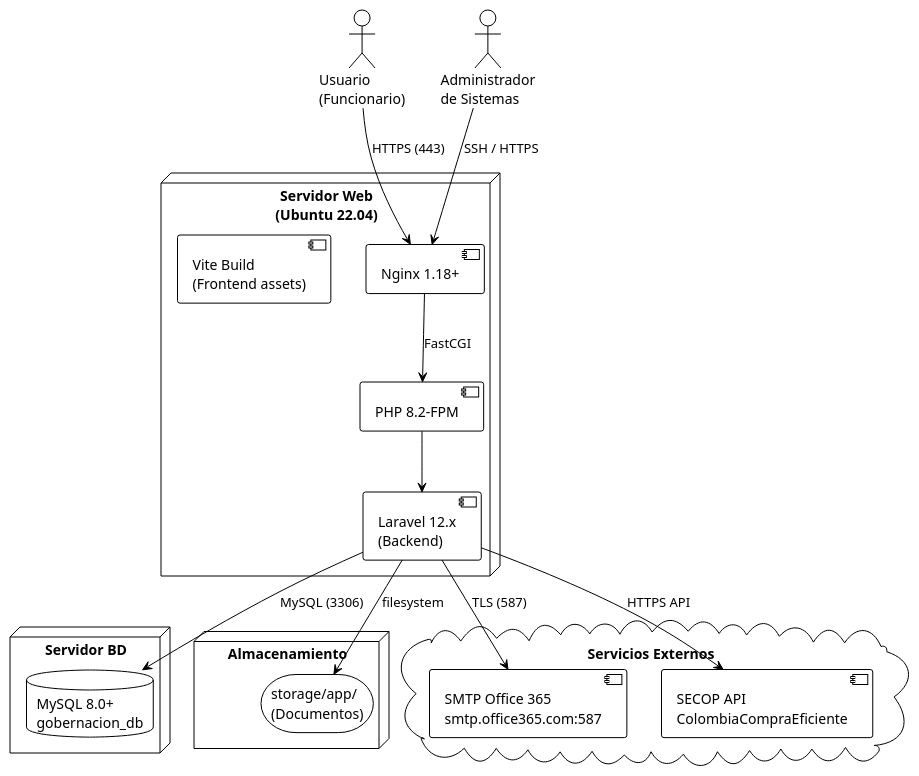
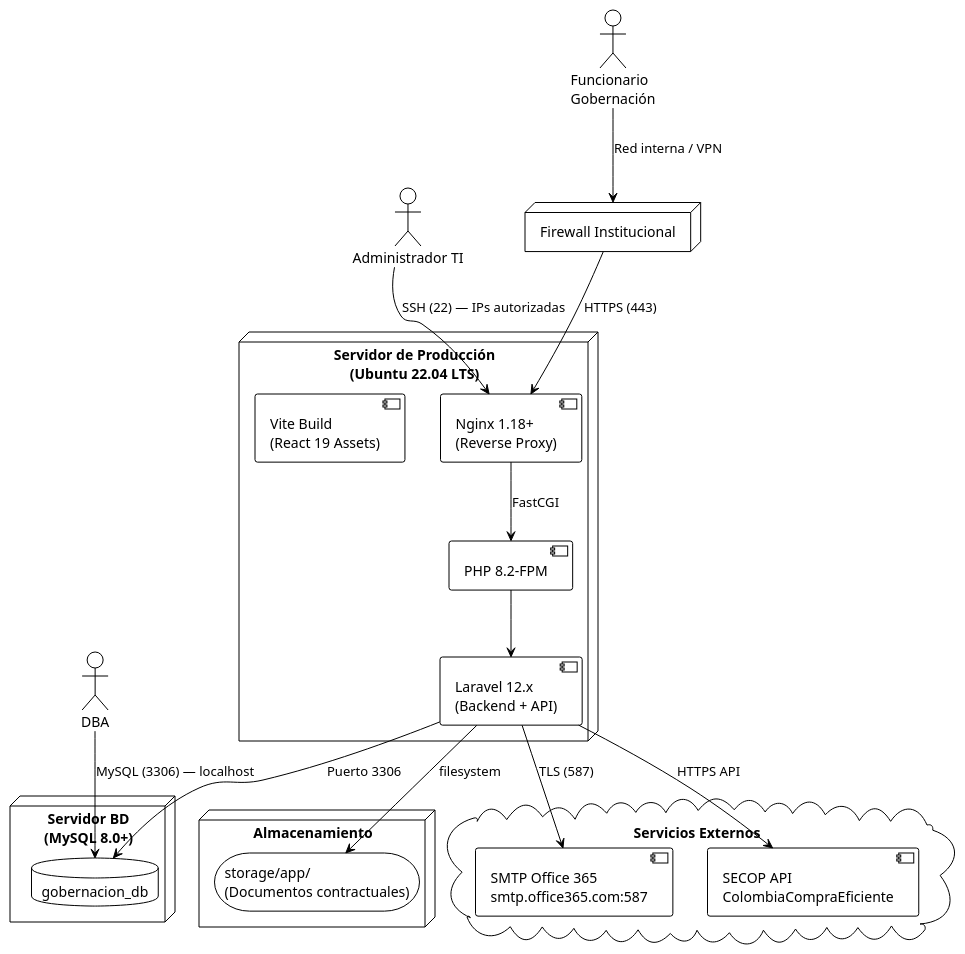
One commit to JuanNieto001/SeguimientoDocumentosGobernacion changed the first of 2 diagrams in DOCUMENTO_DESPLIEGUE_SISTEMA.md. Above: the diagram before and after it, drawn with PlantUML. The commit also changed other lines of this file and 1 other file, not shown here.

````diff
--- a/DOCUMENTO_DESPLIEGUE_SISTEMA.md
+++ b/DOCUMENTO_DESPLIEGUE_SISTEMA.md
@@ -1298,39 +1924,45 @@
 ```plantuml
 @startuml DiagramaDespliegue
 !theme plain
 
-node "Servidor Web\n(Ubuntu 22.04)" {
-  component "Nginx 1.18+" as nginx
+actor "Funcionario\nGobernación" as user
+actor "Administrador TI" as admin
+actor "DBA" as dba
+
+node "Firewall Institucional" as fw {
+}
+
+node "Servidor de Producción\n(Ubuntu 22.04 LTS)" {
+  component "Nginx 1.18+\n(Reverse Proxy)" as nginx
   component "PHP 8.2-FPM" as php
-  component "Laravel 12.x\n(Backend)" as laravel
-  component "Vite Build\n(Frontend assets)" as vite
-  
+  component "Laravel 12.x\n(Backend + API)" as laravel
+  component "Vite Build\n(React 19 Assets)" as vite
+
   nginx --> php : FastCGI
   php --> laravel
 }
 
-node "Servidor BD" {
-  database "MySQL 8.0+\ngobernacion_db" as mysql
+node "Servidor BD\n(MySQL 8.0+)" {
+  database "gobernacion_db" as mysql
 }
 
 node "Almacenamiento" {
-  storage "storage/app/\n(Documentos)" as storage
+  storage "storage/app/\n(Documentos contractuales)" as storage
 }
 
 cloud "Servicios Externos" {
   component "SMTP Office 365\nsmtp.office365.com:587" as smtp
   component "SECOP API\nColombiaCompraEficiente" as secop
 }
 
-actor "Usuario\n(Funcionario)" as user
-actor "Administrador\nde Sistemas" as admin
-
-user --> nginx : HTTPS (443)
-admin --> nginx : SSH / HTTPS
-laravel --> mysql : MySQL (3306)
+user --> fw : Red interna / VPN
+fw --> nginx : HTTPS (443)
+admin --> nginx : SSH (22) — IPs autorizadas
+dba --> mysql : MySQL (3306) — localhost
+laravel --> mysql : Puerto 3306
 laravel --> storage : filesystem
 laravel --> smtp : TLS (587)
 laravel --> secop : HTTPS API
 
 @enduml
 ```
````
